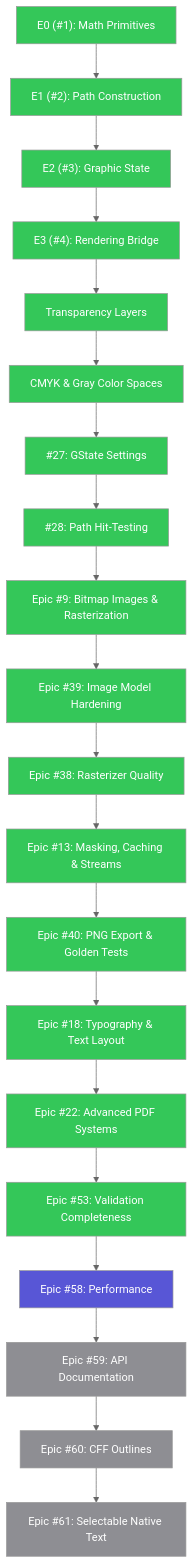
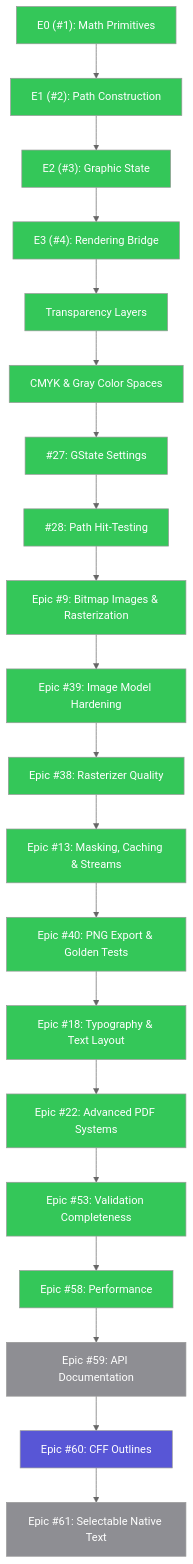
One commit to SlayerMotion/PureDraw changed the first of 9 diagrams in README.md. Above: the diagram before and after it, drawn with Mermaid (neutral theme). The commit also changed 1 other file, not shown here.

Commit message:
docs: mark performance epic done in roadmap
Benchmark harness, clip-coverage gradients/images, and the clip cache
are shipped. CFF/OpenType outlines (#60) is the next workstream.

````diff
--- a/README.md
+++ b/README.md
@@ -136,30 +136,30 @@
 ```mermaid
 flowchart TB
     classDef done    fill:#34C759,color:#FFFFFF
     classDef active  fill:#007AFF,color:#FFFFFF
     classDef review  fill:#30B0C7,color:#FFFFFF
     classDef next    fill:#5856D6,color:#FFFFFF
     classDef partial fill:#FF9500,color:#FFFFFF
     classDef todo    fill:#8E8E93,color:#FFFFFF
 
-    E0["E0 (#1): Math Primitives"]:::done --> E1["E1 (#2): Path Construction"]:::done --> E2["E2 (#3): Graphic State"]:::done --> E3["E3 (#4): Rendering Bridge"]:::done --> TL["Transparency Layers"]:::done --> CS["CMYK & Gray Color Spaces"]:::done --> P1_1["#27: GState Settings"]:::done --> P1_2["#28: Path Hit-Testing"]:::done --> Epic9["Epic #9: Bitmap Images & Rasterization"]:::done --> Epic39["Epic #39: Image Model Hardening"]:::done --> Epic38["Epic #38: Rasterizer Quality"]:::done --> Epic13["Epic #13: Masking, Caching & Streams"]:::done --> Epic40["Epic #40: PNG Export & Golden Tests"]:::done --> Epic18["Epic #18: Typography & Text Layout"]:::done --> Epic22["Epic #22: Advanced PDF Systems"]:::done --> Epic53["Epic #53: Validation Completeness"]:::done --> Epic58["Epic #58: Performance"]:::next --> Epic59["Epic #59: API Documentation"]:::todo --> Epic60["Epic #60: CFF Outlines"]:::todo --> Epic61["Epic #61: Selectable Native Text"]:::todo
+    E0["E0 (#1): Math Primitives"]:::done --> E1["E1 (#2): Path Construction"]:::done --> E2["E2 (#3): Graphic State"]:::done --> E3["E3 (#4): Rendering Bridge"]:::done --> TL["Transparency Layers"]:::done --> CS["CMYK & Gray Color Spaces"]:::done --> P1_1["#27: GState Settings"]:::done --> P1_2["#28: Path Hit-Testing"]:::done --> Epic9["Epic #9: Bitmap Images & Rasterization"]:::done --> Epic39["Epic #39: Image Model Hardening"]:::done --> Epic38["Epic #38: Rasterizer Quality"]:::done --> Epic13["Epic #13: Masking, Caching & Streams"]:::done --> Epic40["Epic #40: PNG Export & Golden Tests"]:::done --> Epic18["Epic #18: Typography & Text Layout"]:::done --> Epic22["Epic #22: Advanced PDF Systems"]:::done --> Epic53["Epic #53: Validation Completeness"]:::done --> Epic58["Epic #58: Performance"]:::done --> Epic59["Epic #59: API Documentation"]:::todo --> Epic60["Epic #60: CFF Outlines"]:::next --> Epic61["Epic #61: Selectable Native Text"]:::todo
 
     click E0 href "https://github.com/mihaelamj/PureDraw/issues/1" "E0"
     click E1 href "https://github.com/mihaelamj/PureDraw/issues/2" "E1"
     click E2 href "https://github.com/mihaelamj/PureDraw/issues/3" "E2"
     click E3 href "https://github.com/mihaelamj/PureDraw/issues/4" "E3"
     click P1_1 href "https://github.com/mihaelamj/PureDraw/issues/27" "Issue #27"
     click P1_2 href "https://github.com/mihaelamj/PureDraw/issues/28" "Issue #28"
     click Epic9 href "https://github.com/mihaelamj/PureDraw/issues/9" "Epic #9"
     click Epic39 href "https://github.com/mihaelamj/PureDraw/issues/39" "Epic #39"
     click Epic38 href "https://github.com/mihaelamj/PureDraw/issues/38" "Epic #38"
     click Epic13 href "https://github.com/mihaelamj/PureDraw/issues/13" "Epic #13"
     click Epic40 href "https://github.com/mihaelamj/PureDraw/issues/40" "Epic #40"
     click Epic18 href "https://github.com/mihaelamj/PureDraw/issues/18" "Epic #18"
     click Epic22 href "https://github.com/mihaelamj/PureDraw/issues/22" "Epic #22"
     click Epic53 href "https://github.com/mihaelamj/PureDraw/issues/53" "Epic #53"
     click Epic58 href "https://github.com/mihaelamj/PureDraw/issues/58" "Epic #58"
     click Epic59 href "https://github.com/mihaelamj/PureDraw/issues/59" "Epic #59"
     click Epic60 href "https://github.com/mihaelamj/PureDraw/issues/60" "Epic #60"
     click Epic61 href "https://github.com/mihaelamj/PureDraw/issues/61" "Epic #61"
 ```
````
